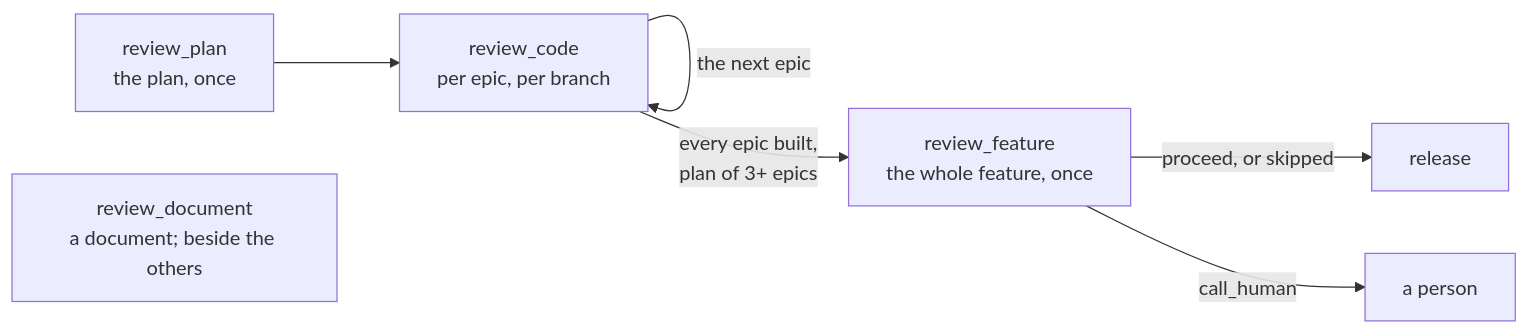
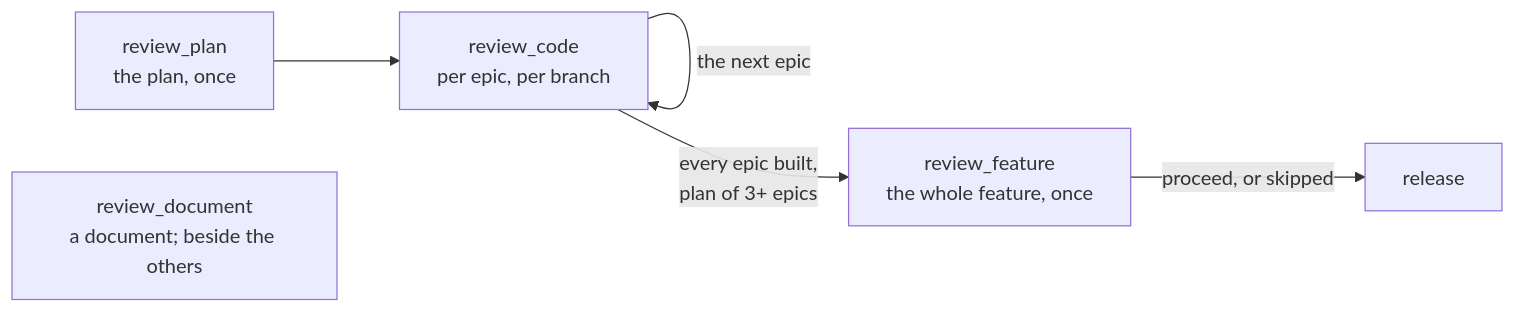
One commit to oleksandrdubyna88/dew_flow_connect_other_ais changed the second of 16 diagrams in research/architecture.md. Above: the diagram before and after it, drawn with Mermaid. The commit also changed other lines of this file and 1025 other files, not shown here.

````diff
--- a/research/architecture.md
+++ b/research/architecture.md
@@ -247,9 +249,8 @@
 ```mermaid
 flowchart LR
   plan["review_plan<br/>the plan, once"] --> code["review_code<br/>per epic, per branch"]
   code -->|"the next epic"| code
   code -->|"every epic built,<br/>plan of 3+ epics"| feature["review_feature<br/>the whole feature, once"]
   feature -->|"proceed, or skipped"| release["release"]
-  feature -->|"call_human"| person["a person"]
   document["review_document<br/>a document; beside the others"]
 ```
````
